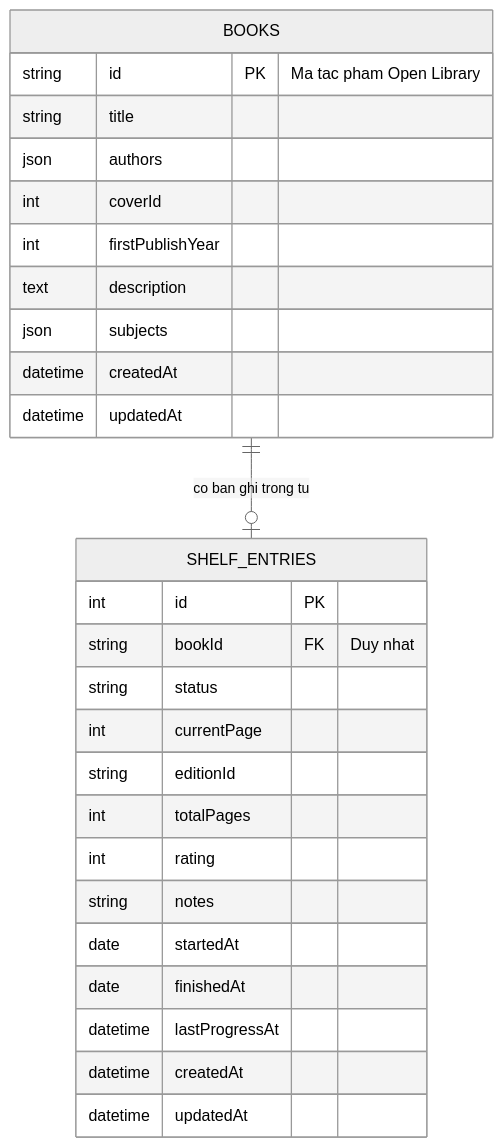
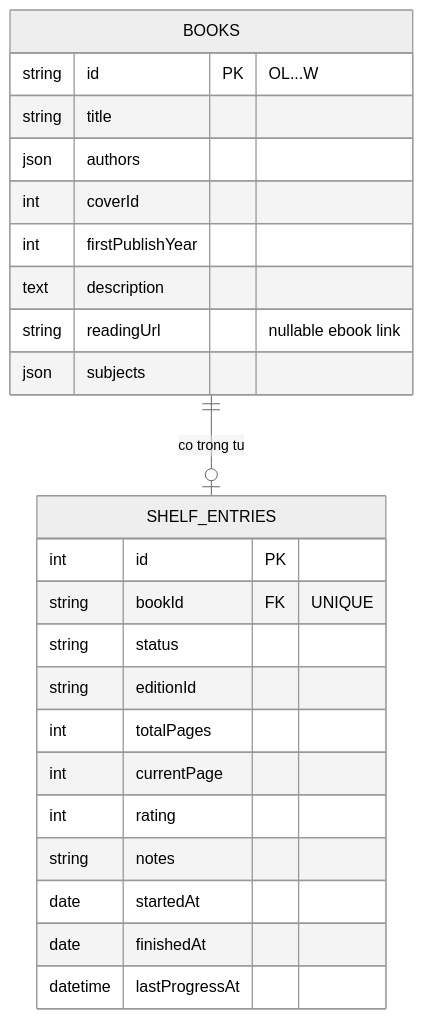
One commit to Ngoquyen07/bookmg-workspace changed the second of 2 diagrams in README.md. Above: the diagram before and after it, drawn with Mermaid (neutral theme). The commit also changed other lines of this file, not shown here.

````diff
--- a/README.md
+++ b/README.md
@@ -202,30 +79,27 @@
 ```mermaid
 erDiagram
-    BOOKS ||--o| SHELF_ENTRIES : "co ban ghi trong tu"
+    BOOKS ||--o| SHELF_ENTRIES : "co trong tu"
     BOOKS {
-        string id PK "Ma tac pham Open Library"
+        string id PK "OL...W"
         string title
         json authors
         int coverId
         int firstPublishYear
         text description
+        string readingUrl "nullable ebook link"
         json subjects
-        datetime createdAt
-        datetime updatedAt
     }
     SHELF_ENTRIES {
         int id PK
-        string bookId FK "Duy nhat"
+        string bookId FK "UNIQUE"
         string status
-        int currentPage
         string editionId
         int totalPages
+        int currentPage
         int rating
         string notes
         date startedAt
         date finishedAt
         datetime lastProgressAt
-        datetime createdAt
-        datetime updatedAt
     }
 ```
````
